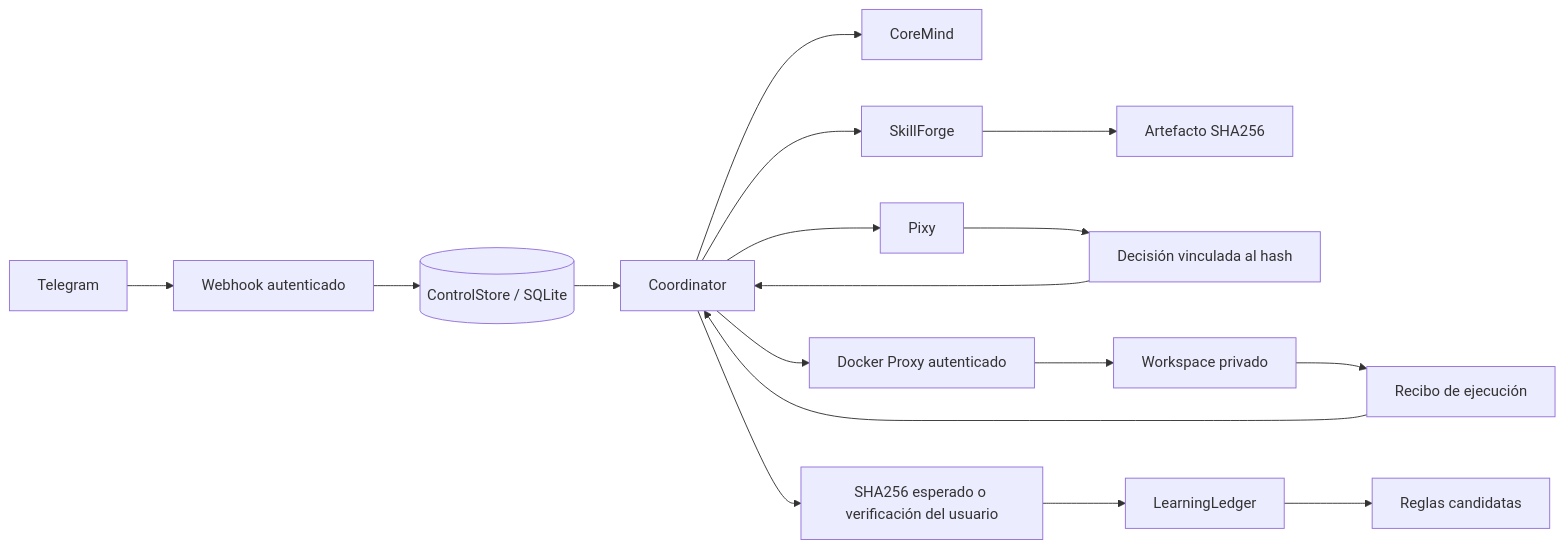
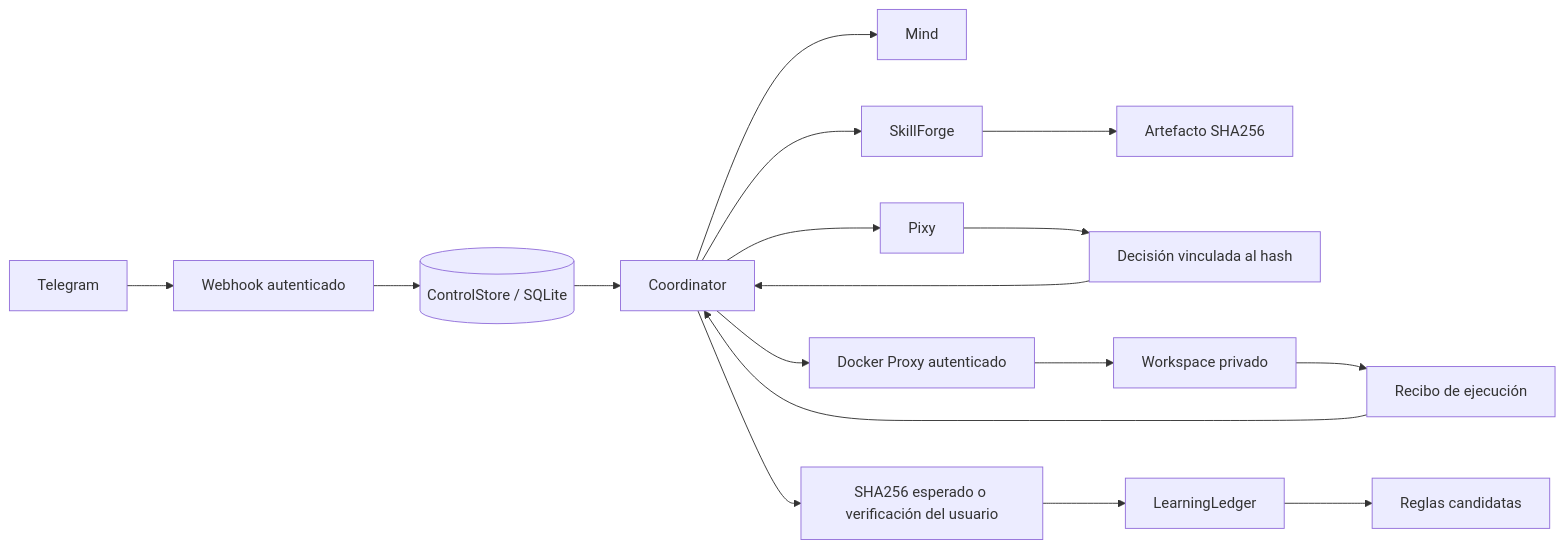
Before and after one commit to carlosperalesa/Khai: the diagram in docs/ARCHITECTURE.md, drawn with Mermaid. The commit also changed other lines of this file and 9 other files, not shown here.

````diff
--- a/docs/ARCHITECTURE.md
+++ b/docs/ARCHITECTURE.md
@@ -7,19 +7,19 @@
 ```mermaid
 flowchart LR
     Telegram --> Ingress[Webhook autenticado]
     Ingress --> Store[(ControlStore / SQLite)]
     Store --> Coordinator
-    Coordinator --> CoreMind
+    Coordinator --> Mind
     Coordinator --> SkillForge
     SkillForge --> Artifact[Artefacto SHA256]
     Coordinator --> Pixy
     Pixy --> Review[Decisión vinculada al hash]
     Review --> Coordinator
     Coordinator --> Proxy[Docker Proxy autenticado]
     Proxy --> Worker[Workspace privado]
     Worker --> Receipt[Recibo de ejecución]
     Receipt --> Coordinator
     Coordinator --> Verifier[SHA256 esperado o verificación del usuario]
     Verifier --> Ledger[LearningLedger]
     Ledger --> Candidates[Reglas candidatas]
 ```
````
